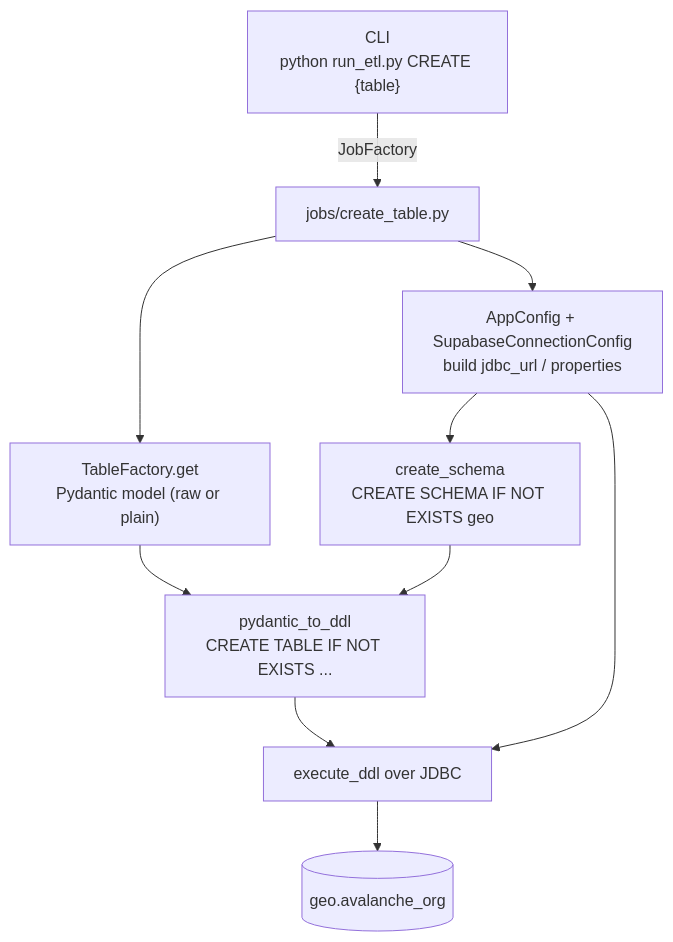
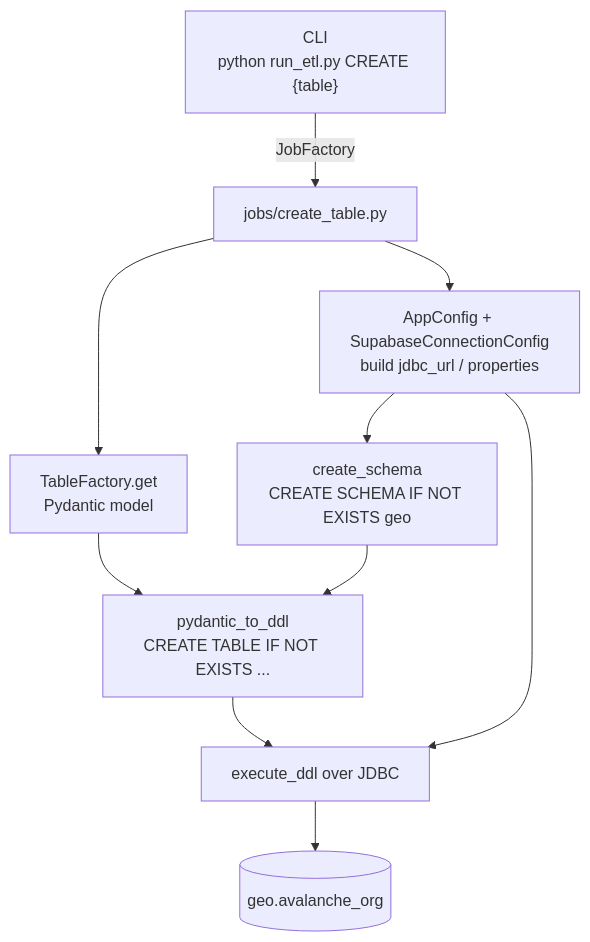
Before and after one commit to kaluzny1995/GEO_ETL: the diagram in docs/etl_jobs/create-table.md, drawn with Mermaid. The commit also changed other lines of this file and 76 other files, not shown here.

````diff
--- a/docs/etl_jobs/create-table.md
+++ b/docs/etl_jobs/create-table.md
@@ -7,12 +7,12 @@
 ```mermaid
 flowchart TD
     CLI["CLI<br/>python run_etl.py CREATE {table}"] -->|JobFactory| JOB["jobs/create_table.py"]
-    JOB --> MODEL["TableFactory.get<br/>Pydantic model (raw or plain)"]
+    JOB --> MODEL["TableFactory.get<br/>Pydantic model"]
     JOB --> CFG["AppConfig + SupabaseConnectionConfig<br/>build jdbc_url / properties"]
     CFG --> SCHEMA["create_schema<br/>CREATE SCHEMA IF NOT EXISTS geo"]
     MODEL --> DDL["pydantic_to_ddl<br/>CREATE TABLE IF NOT EXISTS ..."]
     SCHEMA --> DDL
     DDL --> EXEC["execute_ddl over JDBC"]
     CFG --> EXEC
     EXEC --> DB[("geo.avalanche_org")]
 ```
````
